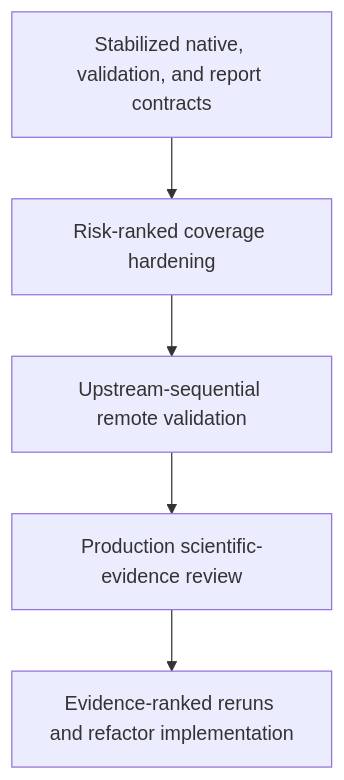
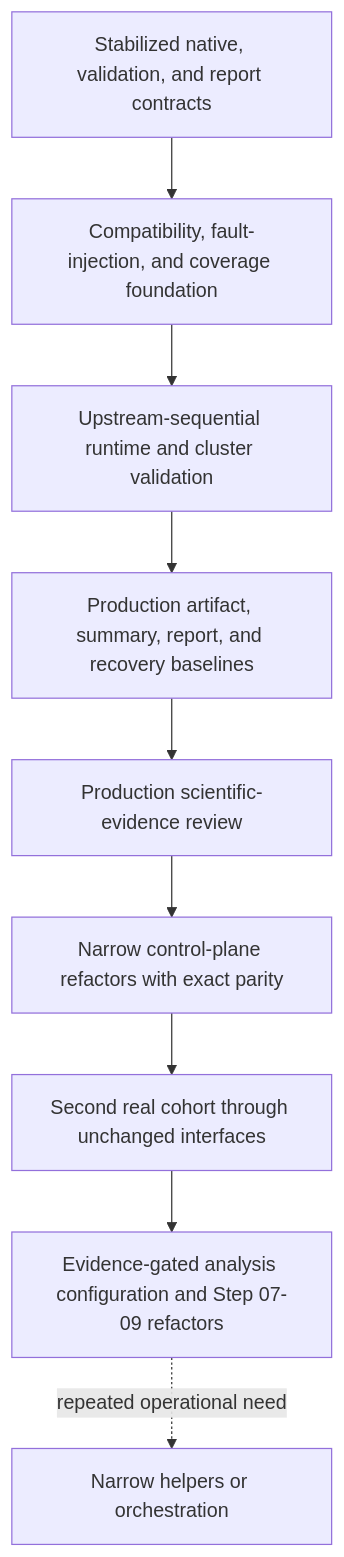
The diagram in docs/architecture/diagrams/future_roadmap_sequence.mmd (lab-cats/EMRYS), drawn with Mermaid before and after one commit. The commit also changed 8 other files, not shown here.

Commit message:
post09 refactor roadmap

```diff
--- a/docs/architecture/diagrams/future_roadmap_sequence.mmd
+++ b/docs/architecture/diagrams/future_roadmap_sequence.mmd
@@ -1,5 +1,9 @@
 flowchart TB
-    contracts["Stabilized native, validation, and report contracts"] --> coverage["Risk-ranked coverage hardening"]
-    coverage --> remote["Upstream-sequential remote validation"]
-    remote --> science["Production scientific-evidence review"]
-    science --> later["Evidence-ranked reruns and refactor implementation"]
+    contracts["Stabilized native, validation, and report contracts"] --> coverage["Compatibility, fault-injection, and coverage foundation"]
+    coverage --> remote["Upstream-sequential runtime and cluster validation"]
+    remote --> production["Production artifact, summary, report, and recovery baselines"]
+    production --> science["Production scientific-evidence review"]
+    science --> control["Narrow control-plane refactors with exact parity"]
+    control --> cohort["Second real cohort through unchanged interfaces"]
+    cohort --> analysis["Evidence-gated analysis configuration and Step 07-09 refactors"]
+    analysis -. repeated operational need .-> orchestration["Narrow helpers or orchestration"]
```
